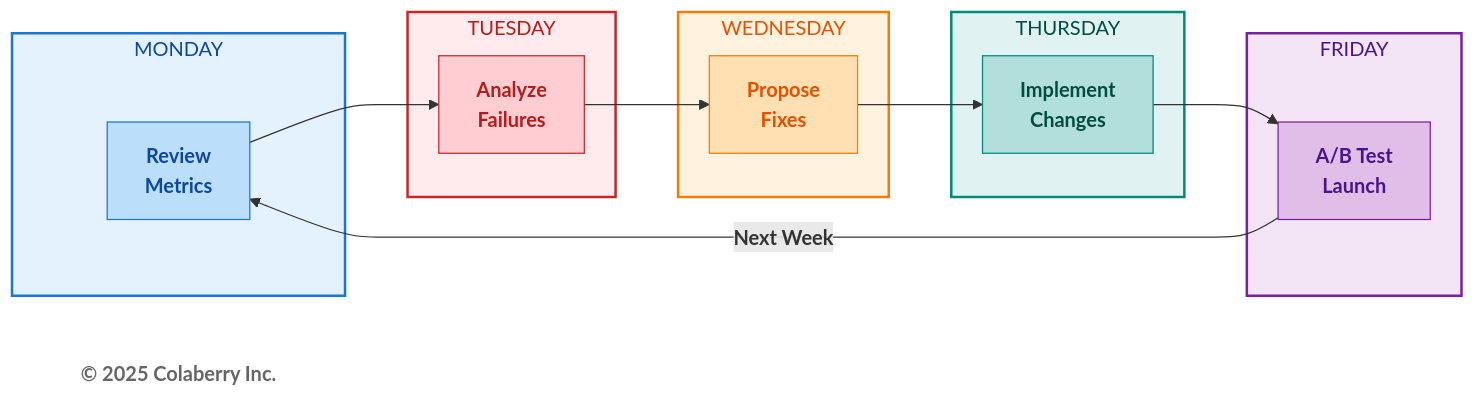
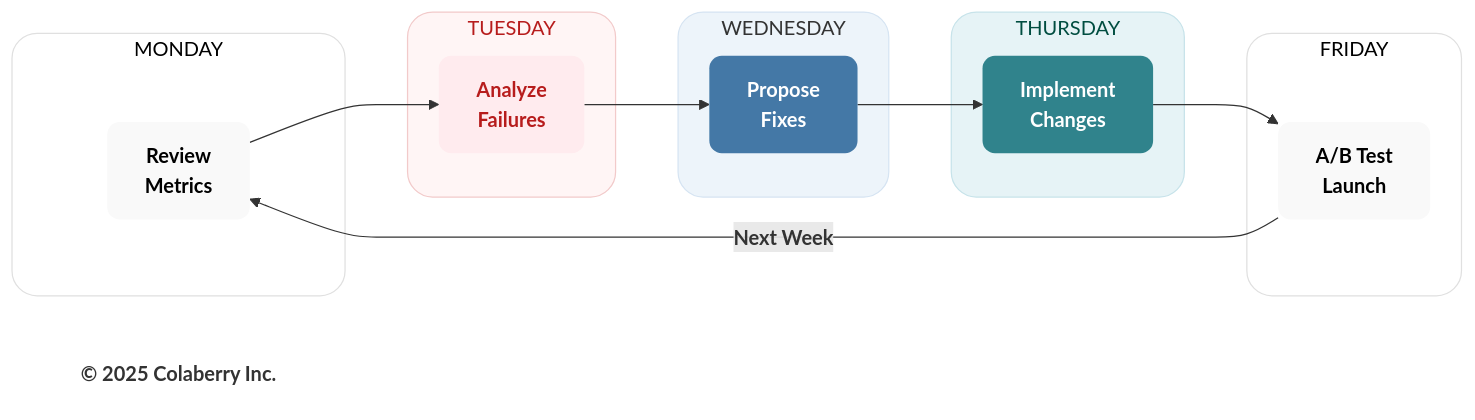
One commit to saitejesh-cyber/trust-before-intelligence-book changed the fifth of 6 diagrams in manuscript/13_chapter_12_running_agents_at_scale.md. Above: the diagram before and after it, drawn with Mermaid. The commit also changed other lines of this file and 7 other files, not shown here.

Commit message:
Chapter 6to13: Updated mermaid diagrams based on new colaberry color code

````diff
--- a/manuscript/13_chapter_12_running_agents_at_scale.md
+++ b/manuscript/13_chapter_12_running_agents_at_scale.md
@@ -859,39 +859,39 @@
 ```mermaid
 graph LR
     subgraph MON["MONDAY"]
         M["<b>Review<br/>Metrics</b>"]
     end
     
     subgraph TUE["TUESDAY"]
         T["<b>Analyze<br/>Failures</b>"]
     end
     
     subgraph WED["WEDNESDAY"]
         W["<b>Propose<br/>Fixes</b>"]
     end
     
     subgraph THU["THURSDAY"]
         H["<b>Implement<br/>Changes</b>"]
     end
     
     subgraph FRI["FRIDAY"]
         F["<b>A/B Test<br/>Launch</b>"]
     end
     
     M --> T --> W --> H --> F
     F -->|<b>Next Week</b>| M
     
     Copyright["<b>© 2025 Colaberry Inc.</b>"]
     
-    style MON fill:#e3f2fd,stroke:#1976d2,stroke-width:2px,color:#0d47a1
-    style TUE fill:#ffebee,stroke:#c62828,stroke-width:2px,color:#b71c1c
-    style WED fill:#fff3e0,stroke:#f57c00,stroke-width:2px,color:#e65100
-    style THU fill:#e0f2f1,stroke:#00897b,stroke-width:2px,color:#004d40
-    style FRI fill:#f3e5f5,stroke:#7b1fa2,stroke-width:2px,color:#4a148c
-    style M fill:#bbdefb,stroke:#1976d2,color:#0d47a1
-    style T fill:#ffcdd2,stroke:#c62828,color:#b71c1c
-    style W fill:#ffe0b2,stroke:#f57c00,color:#e65100
-    style H fill:#b2dfdb,stroke:#00897b,color:#004d40
-    style F fill:#e1bee7,stroke:#7b1fa2,color:#4a148c
-    style Copyright fill:#ffffff,stroke:none,color:#666666
+    style MON fill:#ffffff,stroke:#e0e0e0,stroke-width:1px,color:#000000,rx:20,ry:20
+    style TUE fill:#fff5f5,stroke:#f2caca,stroke-width:1px,color:#b71c1c,rx:20,ry:20
+    style WED fill:#edf4fa,stroke:#d6e4f2,stroke-width:1px,color:#333333,rx:20,ry:20
+    style THU fill:#e6f3f6,stroke:#c7e3ea,stroke-width:1px,color:#004d40,rx:20,ry:20
+    style FRI fill:#ffffff,stroke:#e0e0e0,stroke-width:1px,color:#000000,rx:20,ry:20
+    style M fill:#f9f9f9,stroke:none,color:#000000,rx:10,ry:10
+    style T fill:#ffebee,stroke:none,color:#b71c1c,rx:10,ry:10
+    style W fill:#4478A6,stroke:none,color:#ffffff,rx:10,ry:10
+    style H fill:#30838C,stroke:none,color:#ffffff,rx:10,ry:10
+    style F fill:#f9f9f9,stroke:none,color:#000000,rx:10,ry:10
+    style Copyright fill:none,stroke:none,color:#333333
 ```
````
